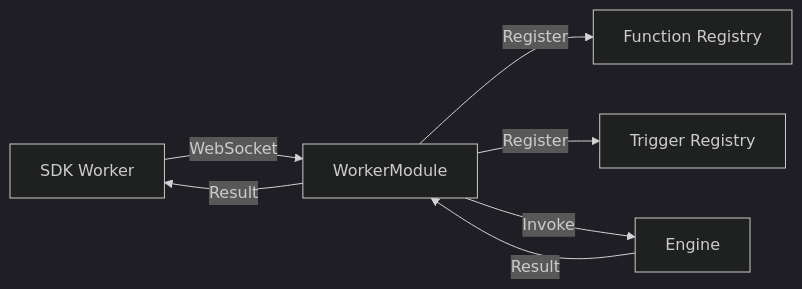
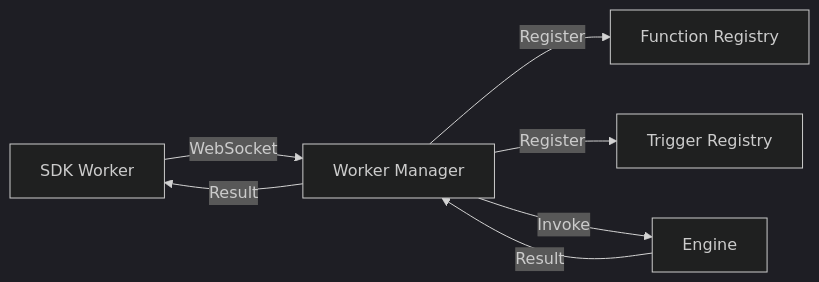
Before and after one commit to iii-hq/iii: the first of 2 diagrams in docs/modules/module-worker.mdx, drawn with Mermaid (dark theme). The commit also changed other lines of this file and 254 other files, not shown here.

````diff
--- a/docs/modules/module-worker.mdx
+++ b/docs/modules/module-worker.mdx
@@ -16,9 +16,9 @@
 ```mermaid
 graph LR
-    SDK[SDK Worker] -->|WebSocket| WM[WorkerModule]
+    SDK[SDK Worker] -->|WebSocket| WM[Worker Manager]
     WM -->|Register| FR[Function Registry]
     WM -->|Register| TR[Trigger Registry]
     WM -->|Invoke| Engine[Engine]
     Engine -->|Result| WM
     WM -->|Result| SDK
 ```
````
